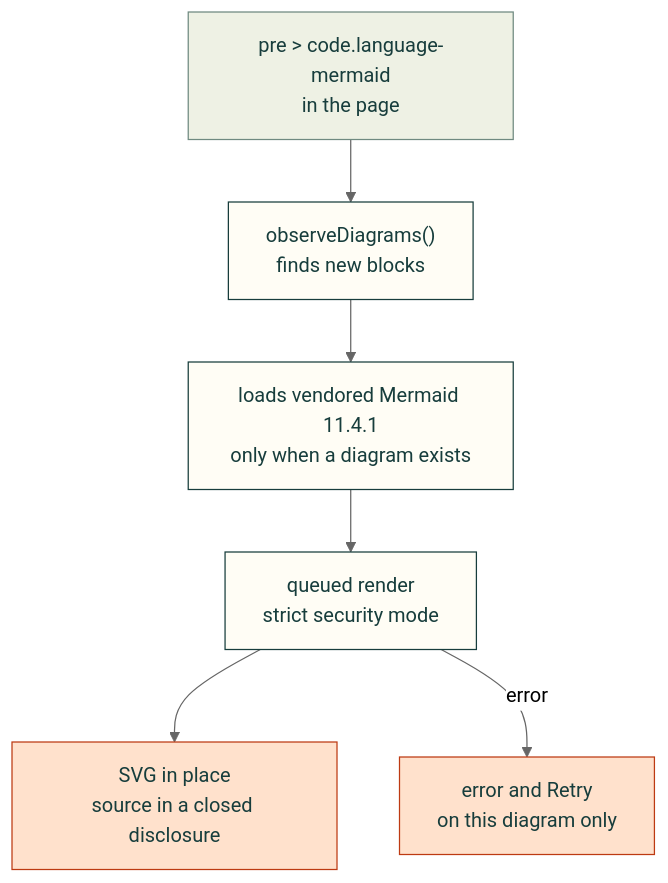
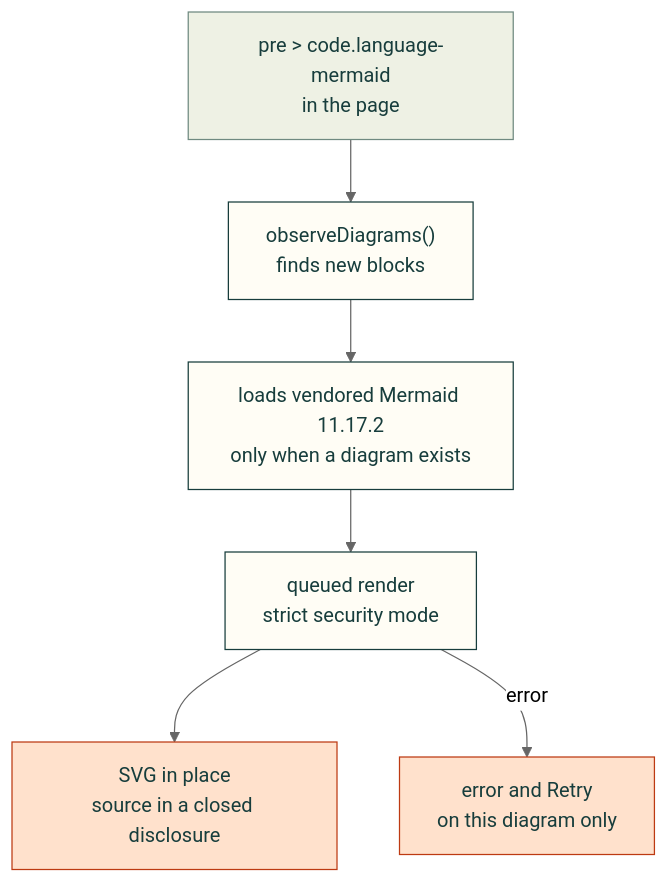
One commit to Valpatel/cad-agent changed the diagram in docs/web-diagrams.md. Above: the diagram before and after it, drawn with Mermaid (neutral theme). The commit also changed other lines of this file and 3 other files, not shown here.

First line of the commit message:
web kit: vendor Mermaid 11.17.2, past its nine OSV advisories (#152)

````diff
--- a/docs/web-diagrams.md
+++ b/docs/web-diagrams.md
@@ -15,14 +15,14 @@
 ```mermaid
 flowchart TD
     S["pre > code.language-mermaid<br/>in the page"] --> O["observeDiagrams()<br/>finds new blocks"]
-    O --> L["loads vendored Mermaid 11.4.1<br/>only when a diagram exists"]
+    O --> L["loads vendored Mermaid 11.17.2<br/>only when a diagram exists"]
     L --> Q["queued render<br/>strict security mode"]
     Q --> V["SVG in place<br/>source in a closed disclosure"]
     Q -->|"error"| E["error and Retry<br/>on this diagram only"]
     classDef here fill:#fffdf5,stroke:#173d3c,color:#173d3c
     classDef near fill:#eef1e4,stroke:#6f8a80,color:#173d3c
     classDef out fill:#ffe1cc,stroke:#bd3a12,color:#173d3c
     class O,L,Q here
     class S near
     class V,E out
 ```
````
